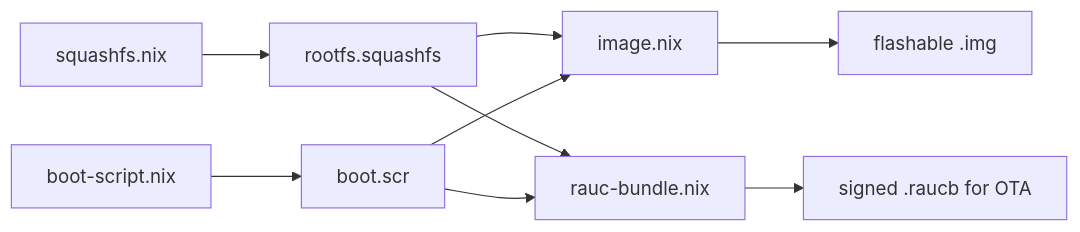
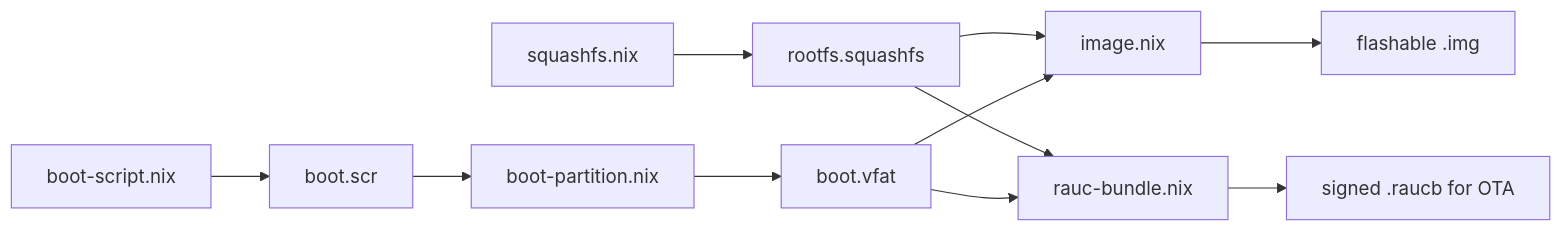
Before and after one commit to RobertDeRose/atomixos: the diagram in docs/src/code-reference/derivations.md, drawn with Mermaid. The commit also changed other lines of this file and 13 other files, not shown here.

First line of the commit message:
refactor(nix): share boot partition construction

````diff
--- a/docs/src/code-reference/derivations.md
+++ b/docs/src/code-reference/derivations.md
@@ -8,13 +8,15 @@
 ```mermaid
 flowchart LR
     SQUASHFS["squashfs.nix"] --> ROOTFS["rootfs.squashfs"]
     BOOTSCRIPT["boot-script.nix"] --> BOOTSCR["boot.scr"]
+    BOOTSCR --> BOOTPARTITION["boot-partition.nix"]
+    BOOTPARTITION --> BOOTVFAT["boot.vfat"]
 
     ROOTFS --> IMAGE["image.nix"]
-    BOOTSCR --> IMAGE
+    BOOTVFAT --> IMAGE
     IMAGE --> IMGOUT["flashable .img"]
 
     ROOTFS --> RAUCBUNDLE["rauc-bundle.nix"]
-    BOOTSCR --> RAUCBUNDLE
+    BOOTVFAT --> RAUCBUNDLE
     RAUCBUNDLE --> BUNDLEOUT["signed .raucb for OTA"]
 ```
````
